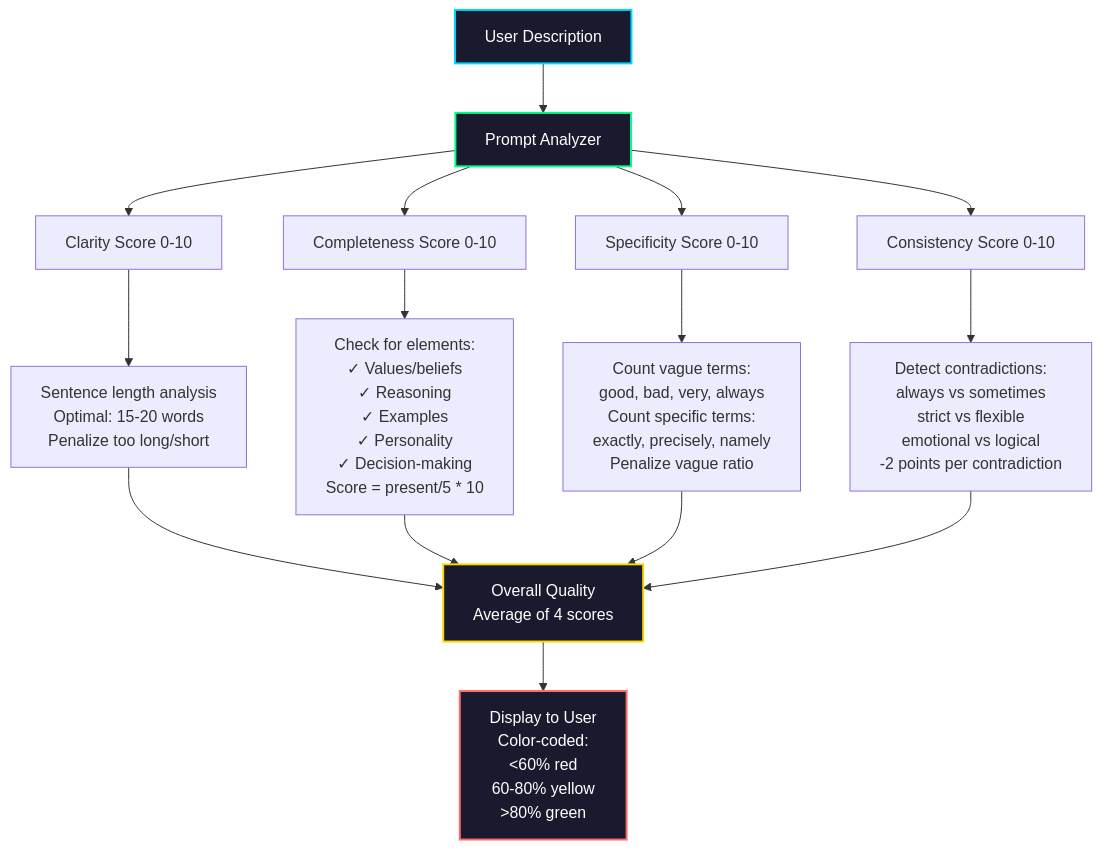
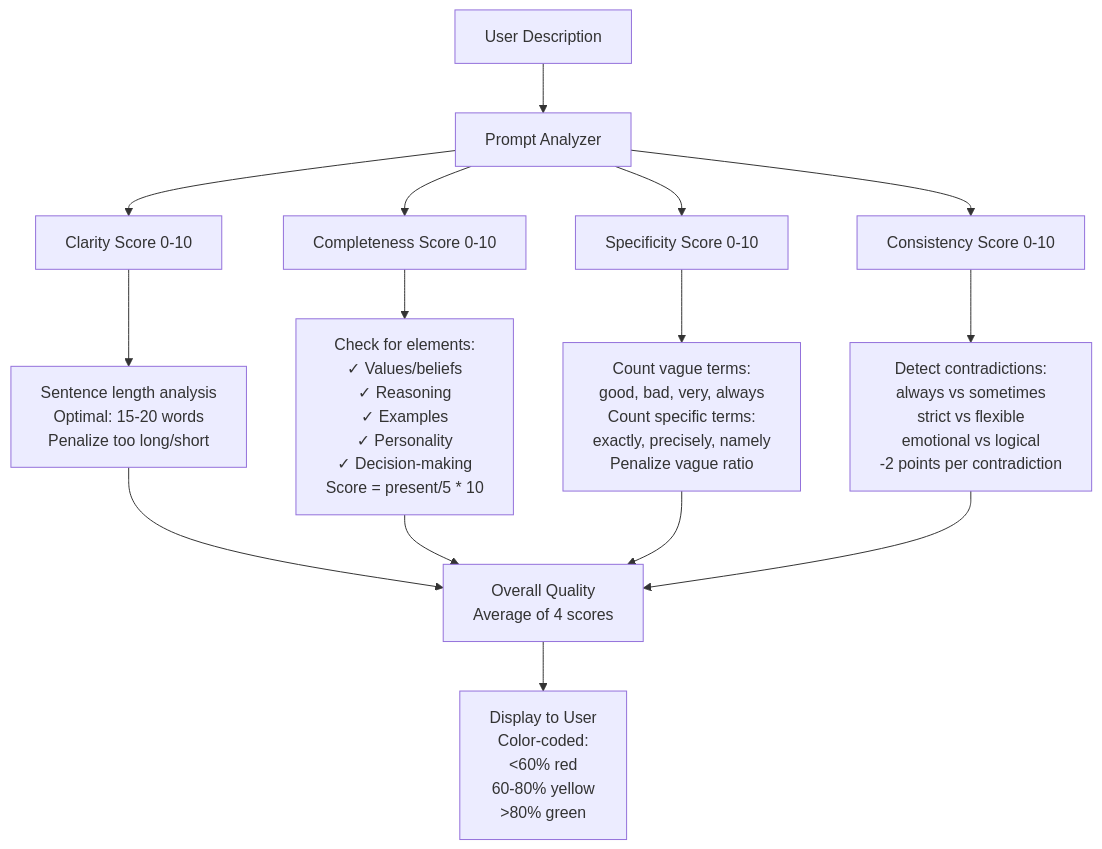
One commit to khattam/MirrorMind-AI changed the eighth of 11 diagrams in docs/feature-architecture-diagrams.md. Above: the diagram before and after it, drawn with Mermaid. The commit also changed other lines of this file, not shown here.

Commit message:
Remove ALL dark background styling from Mermaid diagrams - clean light backgrounds

````diff
--- a/docs/feature-architecture-diagrams.md
+++ b/docs/feature-architecture-diagrams.md
@@ -386,29 +370,24 @@
 ```mermaid
 graph TD
     Description[User Description] --> Analyzer[Prompt Analyzer]
     
     Analyzer --> Clarity[Clarity Score 0-10]
     Analyzer --> Completeness[Completeness Score 0-10]
     Analyzer --> Specificity[Specificity Score 0-10]
     Analyzer --> Consistency[Consistency Score 0-10]
     
     Clarity --> ClarityLogic[Sentence length analysis<br/>Optimal: 15-20 words<br/>Penalize too long/short]
     
     Completeness --> CompletenessLogic[Check for elements:<br/>✓ Values/beliefs<br/>✓ Reasoning<br/>✓ Examples<br/>✓ Personality<br/>✓ Decision-making<br/>Score = present/5 * 10]
     
     Specificity --> SpecificityLogic[Count vague terms:<br/>good, bad, very, always<br/>Count specific terms:<br/>exactly, precisely, namely<br/>Penalize vague ratio]
     
     Consistency --> ConsistencyLogic[Detect contradictions:<br/>always vs sometimes<br/>strict vs flexible<br/>emotional vs logical<br/>-2 points per contradiction]
     
     ClarityLogic --> OverallScore[Overall Quality<br/>Average of 4 scores]
     CompletenessLogic --> OverallScore
     SpecificityLogic --> OverallScore
     ConsistencyLogic --> OverallScore
     
     OverallScore --> Display[Display to User<br/>Color-coded:<br/><60% red<br/>60-80% yellow<br/>>80% green]
-    
-    style Description fill:#1a1a2e,stroke:#00d9ff,stroke-width:2px,color:#fff
-    style Analyzer fill:#1a1a2e,stroke:#00ff88,stroke-width:2px,color:#fff
-    style OverallScore fill:#1a1a2e,stroke:#ffd700,stroke-width:2px,color:#fff
-    style Display fill:#1a1a2e,stroke:#ff6b6b,stroke-width:2px,color:#fff
 ```
````
